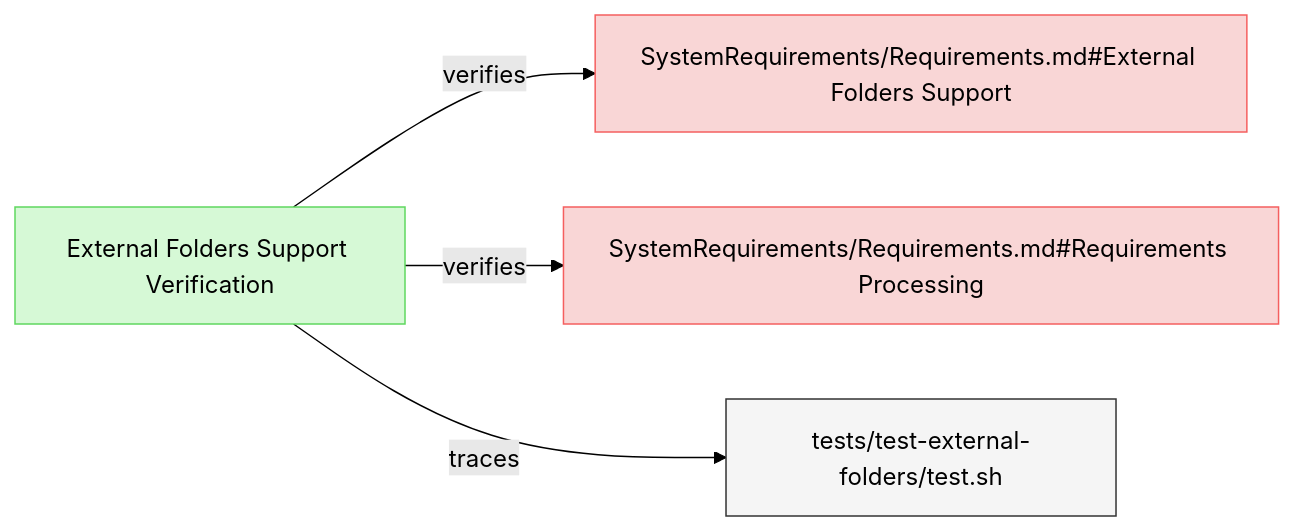
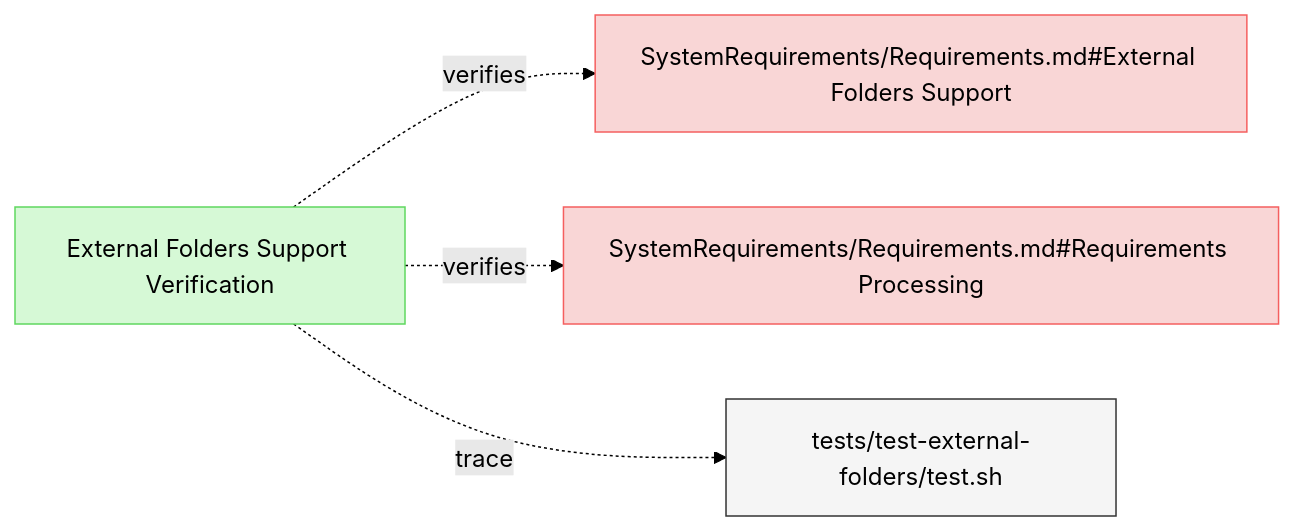
Before and after one commit to reqvire-org/reqvire: the second of 2 diagrams in specifications/Verifications/LintingTests.md, drawn with Mermaid (forest theme). The commit also changed other lines of this file and 65 other files, not shown here.

Commit message:
Diagram generation bug fix: there were opposite relations included.

````diff
--- a/specifications/Verifications/LintingTests.md
+++ b/specifications/Verifications/LintingTests.md
@@ -65,24 +65,24 @@
 ```mermaid
 graph LR;
   %% Graph styling
   classDef requirement fill:#f9d6d6,stroke:#f55f5f,stroke-width:1px;
   classDef verification fill:#d6f9d6,stroke:#5fd75f,stroke-width:1px;
   classDef externalLink fill:#d0e0ff,stroke:#3080ff,stroke-width:1px;
   classDef default fill:#f5f5f5,stroke:#333333,stroke-width:1px;
 
-  97e9fdec98["External Folders Support Verification"];
-  click 97e9fdec98 "LintingTests.md#external-folders-support-verification";
-  class 97e9fdec98 verification;
-  d38ab4ad13["SystemRequirements/Requirements.md#External Folders Support"];
-  class d38ab4ad13 requirement;
-  click d38ab4ad13 "../SystemRequirements/Requirements.md#external-folders-support";
-  97e9fdec98 -->|verifies| d38ab4ad13;
-  99bed90a0d["SystemRequirements/Requirements.md#Requirements Processing"];
-  class 99bed90a0d requirement;
-  click 99bed90a0d "../SystemRequirements/Requirements.md#requirements-processing";
-  97e9fdec98 -->|verifies| 99bed90a0d;
-  a38888f271["tests/test-external-folders/test.sh"];
-  class a38888f271 default;
-  click a38888f271 "../../tests/test-external-folders/test.sh";
-  97e9fdec98 -->|traces| a38888f271;
+  97e9fdec98b5f3e5["External Folders Support Verification"];
+  click 97e9fdec98b5f3e5 "LintingTests.md#external-folders-support-verification";
+  class 97e9fdec98b5f3e5 verification;
+  d38ab4ad139183d3["SystemRequirements/Requirements.md#External Folders Support"];
+  class d38ab4ad139183d3 requirement;
+  click d38ab4ad139183d3 "../SystemRequirements/Requirements.md#external-folders-support";
+  97e9fdec98b5f3e5 -.->|verifies| d38ab4ad139183d3;
+  99bed90a0d96a1d2["SystemRequirements/Requirements.md#Requirements Processing"];
+  class 99bed90a0d96a1d2 requirement;
+  click 99bed90a0d96a1d2 "../SystemRequirements/Requirements.md#requirements-processing";
+  97e9fdec98b5f3e5 -.->|verifies| 99bed90a0d96a1d2;
+  a38888f27160e7fa["tests/test-external-folders/test.sh"];
+  class a38888f27160e7fa default;
+  click a38888f27160e7fa "../../tests/test-external-folders/test.sh";
+  97e9fdec98b5f3e5 -.->|trace| a38888f27160e7fa;
 ```
````
